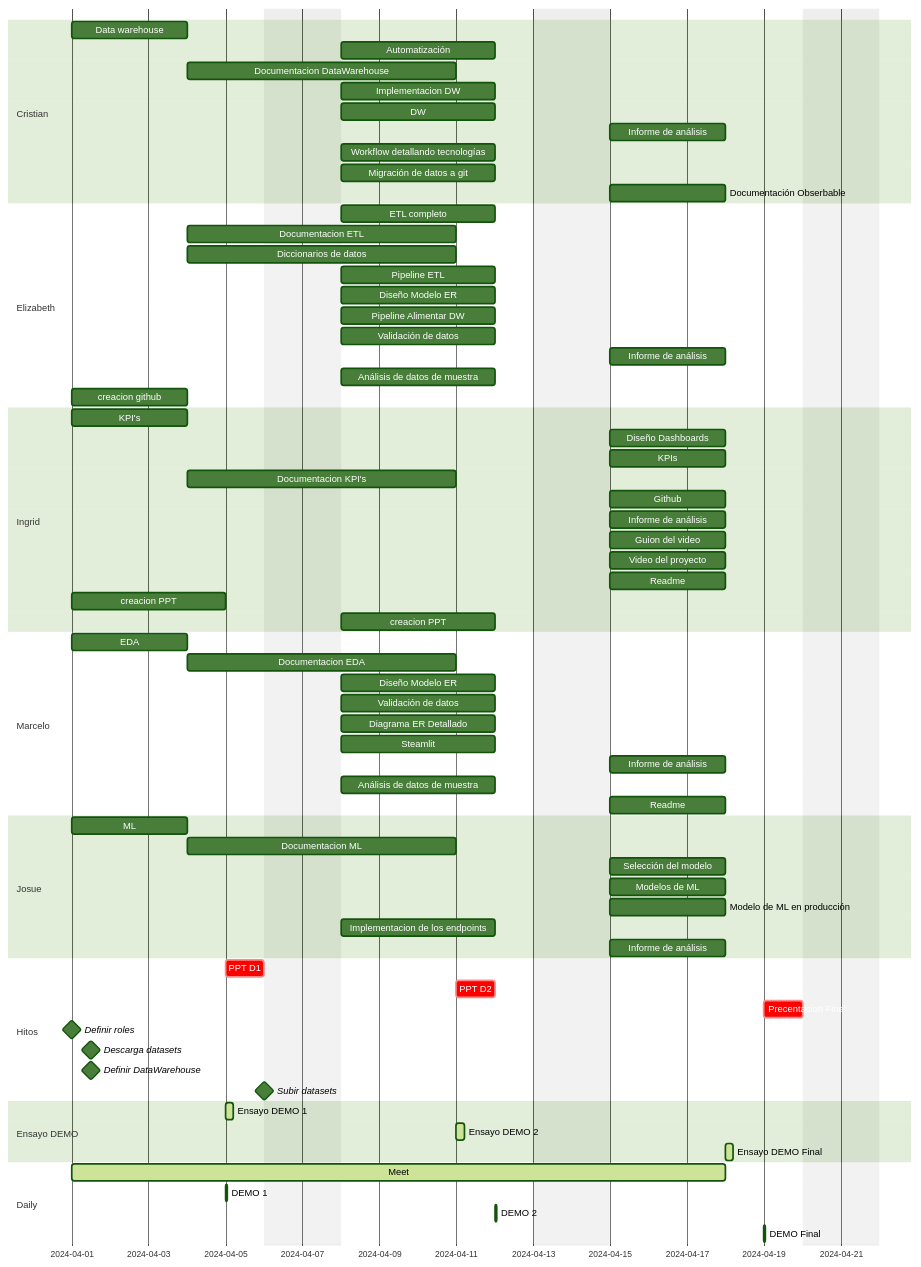
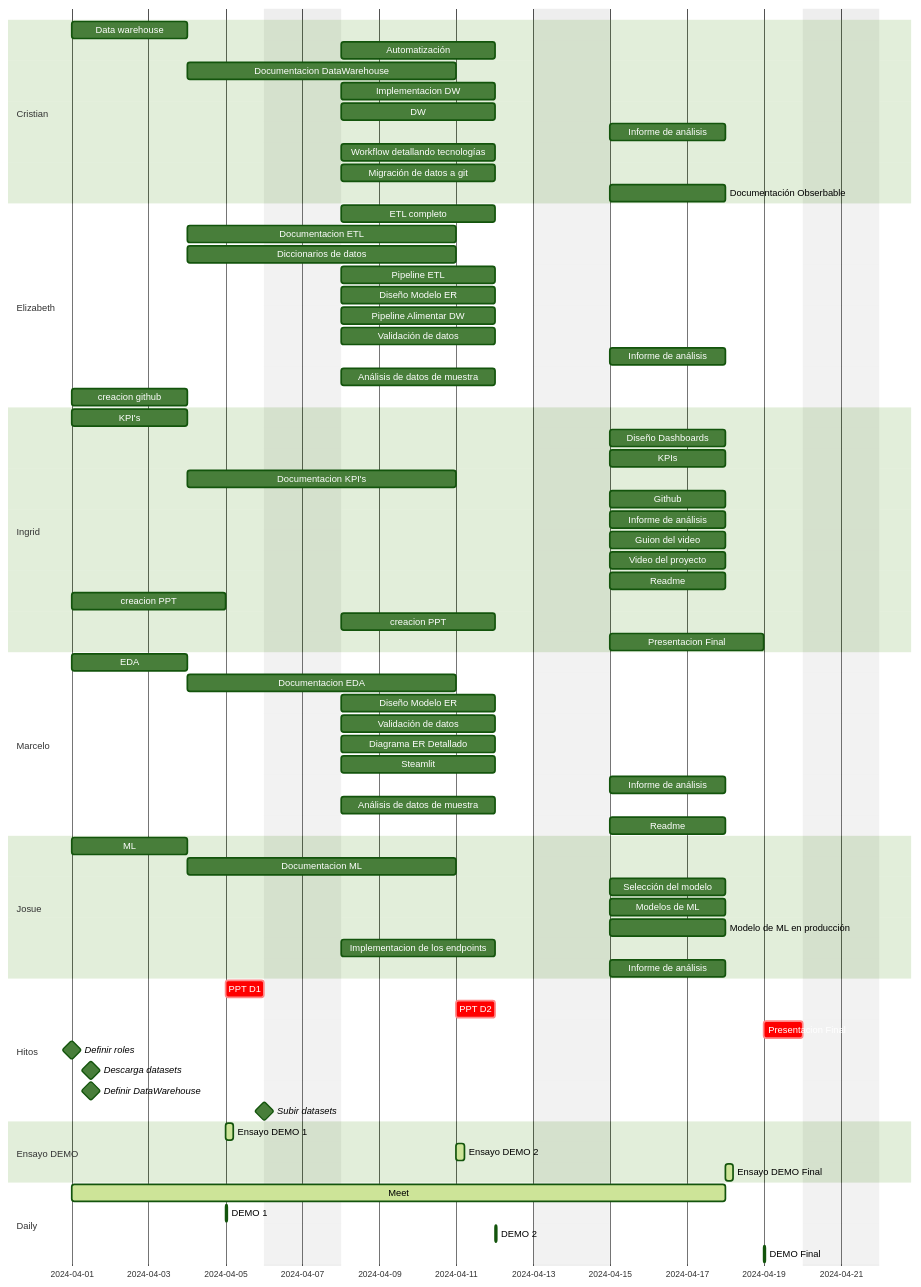
Before and after one commit to marceloyuba/SDT: the diagram in Documentacion/Gantt.md, drawn with Mermaid (forest theme).

```diff
--- a/Documentacion/Gantt.md
+++ b/Documentacion/Gantt.md
@@ -45,7 +45,7 @@
     Readme                        : 2024-04-15, 3d
     creacion PPT               :2024-04-01,4d
     creacion PPT               :2024-04-08,4d
-   
+    Presentacion Final            :  2024-04-15,4d
 
     section Marcelo
     EDA                          :  des2, 2024-04-01, 3d
@@ -70,7 +70,7 @@
     section Hitos
     PPT D1                              :crit,  2024-04-05,24h
     PPT D2                              :crit,  2024-04-11,24h
-    Precentacion Final                          :crit,  2024-04-19,24h
+    Presentacion Final                          :crit,  2024-04-19,24h
     Definir roles                       :milestone, isadded, 2024-04-01, 0d
     Descarga datasets                   :milestone, isadded, 2024-04-01, 24h
     Definir DataWarehouse               :milestone,isadded, 2024-04-01, 24h
```
